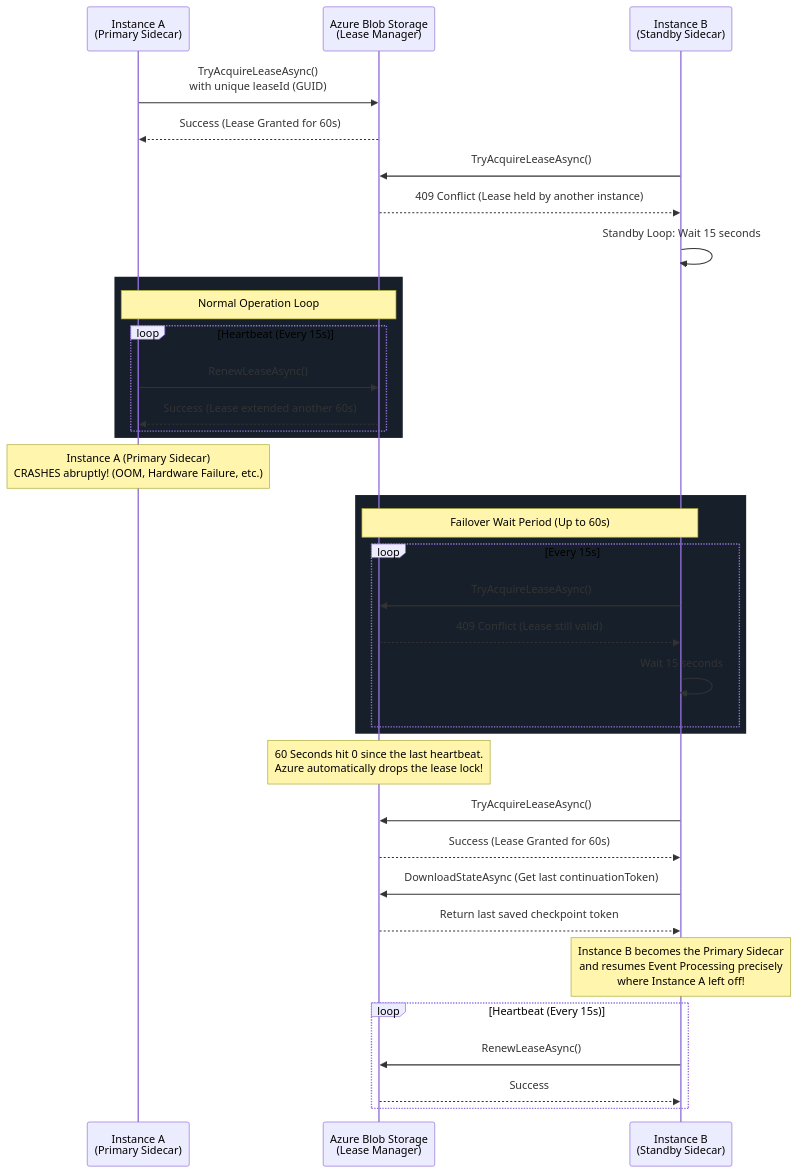
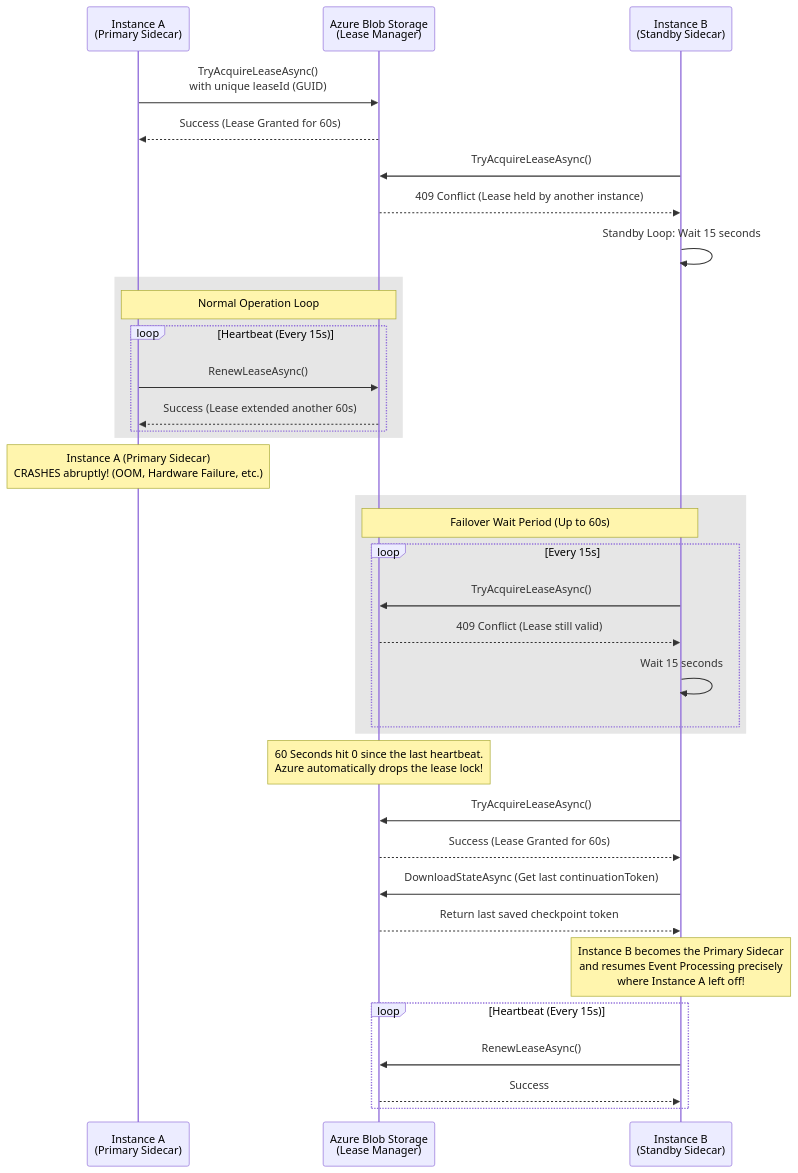
The diagram in lease_pattern_blob.md (carlosquim/EventManager.Sidecar), drawn with Mermaid before and after one commit.

Commit message:
updated diagram

````diff
--- a/lease_pattern_blob.md
+++ b/lease_pattern_blob.md
@@ -13,48 +13,48 @@
 ```mermaid
 sequenceDiagram
     participant PrimarySidecar as Instance A<br>(Primary Sidecar)
     participant Azure as Azure Blob Storage<br>(Lease Manager)
     participant StandbySidecar as Instance B<br>(Standby Sidecar)
 
     PrimarySidecar->>Azure: TryAcquireLeaseAsync()<br>with unique leaseId (GUID)
     Azure-->>PrimarySidecar: Success (Lease Granted for 60s)
     
     StandbySidecar->>Azure: TryAcquireLeaseAsync()
     Azure-->>StandbySidecar: 409 Conflict (Lease held by another instance)
     StandbySidecar->>StandbySidecar: Standby Loop: Wait 15 seconds
     
-    rect rgb(23, 32, 42)
+    rect rgba(128, 128, 128, 0.2)
     Note over PrimarySidecar, Azure: Normal Operation Loop 
     loop Heartbeat (Every 15s)
         PrimarySidecar->>Azure: RenewLeaseAsync()
         Azure-->>PrimarySidecar: Success (Lease extended another 60s)
     end
     end
     
     Note over PrimarySidecar: Instance A (Primary Sidecar)<br>CRASHES abruptly! (OOM, Hardware Failure, etc.)
     
-    rect rgb(23, 32, 42)
+    rect rgba(128, 128, 128, 0.2)
     Note over StandbySidecar, Azure: Failover Wait Period (Up to 60s)
     loop Every 15s
         StandbySidecar->>Azure: TryAcquireLeaseAsync()
         Azure-->>StandbySidecar: 409 Conflict (Lease still valid)
         StandbySidecar->>StandbySidecar: Wait 15 seconds
     end
     end
     
     Note over Azure: 60 Seconds hit 0 since the last heartbeat.<br>Azure automatically drops the lease lock!
     
     StandbySidecar->>Azure: TryAcquireLeaseAsync()
     Azure-->>StandbySidecar: Success (Lease Granted for 60s)
     
     StandbySidecar->>Azure: DownloadStateAsync (Get last continuationToken)
     Azure-->>StandbySidecar: Return last saved checkpoint token
     
     Note over StandbySidecar: Instance B becomes the Primary Sidecar<br>and resumes Event Processing precisely<br>where Instance A left off!
     
     loop Heartbeat (Every 15s)
         StandbySidecar->>Azure: RenewLeaseAsync()
         Azure-->>StandbySidecar: Success
     end
 
 ```
````
